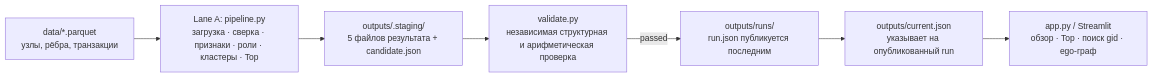
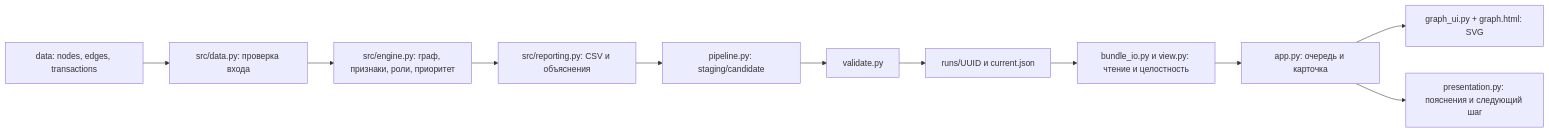
Before and after one commit to BAITC-Hacks/hack-4c401bd7-pied-piper: the diagram in docs/architecture.md, drawn with Mermaid. The commit also changed other lines of this file and 20 other files, not shown here.

````diff
--- a/docs/architecture.md
+++ b/docs/architecture.md
@@ -5,9 +7,13 @@
 ```mermaid
 flowchart LR
-  I["data/*.parquet\nузлы, рёбра, транзакции"] --> P["Lane A: pipeline.py\nзагрузка · сверка · признаки · роли · кластеры · Top"]
-  P --> S["outputs/.staging/<run_id>\n5 файлов результата + candidate.json"]
-  S --> V["validate.py\nнезависимая структурная и арифметическая проверка"]
-  V -->|passed| R["outputs/runs/<run_id>\nrun.json публикуется последним"]
-  R --> C["outputs/current.json\nуказывает на опубликованный run"]
-  C --> U["app.py / Streamlit\nобзор · Top · поиск gid · ego-граф"]
+  D["data: nodes, edges, transactions"] --> L["src/data.py: проверка входа"]
+  L --> E["src/engine.py: граф, признаки, роли, приоритет"]
+  E --> R["src/reporting.py: CSV и объяснения"]
+  R --> S["pipeline.py: staging/candidate"]
+  S --> V["validate.py"]
+  V --> B["runs/UUID и current.json"]
+  B --> IO["bundle_io.py и view.py: чтение и целостность"]
+  IO --> A["app.py: очередь и карточка"]
+  A --> G["graph_ui.py + graph.html: SVG"]
+  A --> P["presentation.py: пояснения и следующий шаг"]
 ```
````
